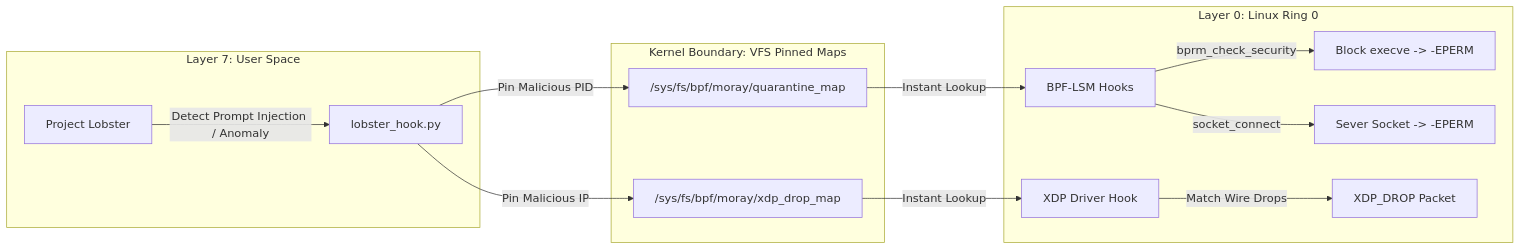
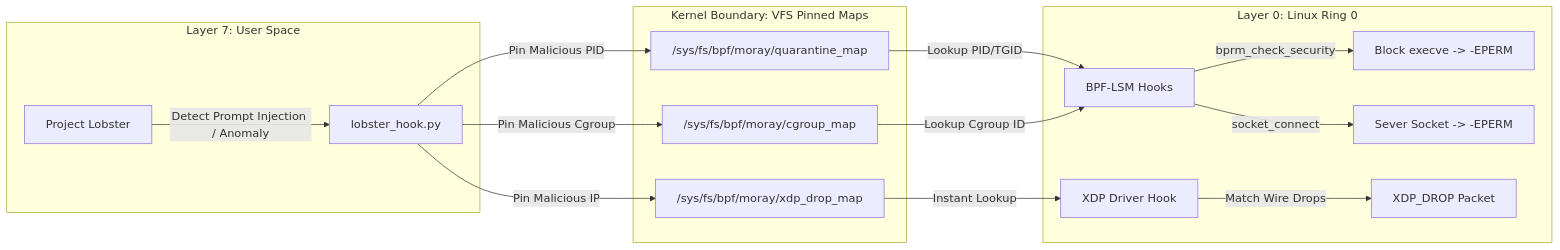
The diagram in README.md (codebyangelo/project-moray), drawn with Mermaid before and after one commit. The commit also changed other lines of this file and 12 other files, not shown here.

````diff
--- a/README.md
+++ b/README.md
@@ -17,19 +17,21 @@
 ```mermaid
 graph LR
     subgraph Layer 7: User Space
         L[Project Lobster] -->|Detect Prompt Injection / Anomaly| B[lobster_hook.py]
     end
 
     subgraph Kernel Boundary: VFS Pinned Maps
         B -->|Pin Malicious PID| M["/sys/fs/bpf/moray/quarantine_map"]
+        B -->|Pin Malicious Cgroup| C["/sys/fs/bpf/moray/cgroup_map"]
         B -->|Pin Malicious IP| X["/sys/fs/bpf/moray/xdp_drop_map"]
     end
 
     subgraph Layer 0: Linux Ring 0
-        M -->|Instant Lookup| LSM[BPF-LSM Hooks]
+        M -->|Lookup PID/TGID| LSM[BPF-LSM Hooks]
+        C -->|Lookup Cgroup ID| LSM
         LSM -->|bprm_check_security| S1[Block execve -> -EPERM]
         LSM -->|socket_connect| S2[Sever Socket -> -EPERM]
         X -->|Instant Lookup| XDP[XDP Driver Hook]
         XDP -->|Match Wire Drops| S3[XDP_DROP Packet]
     end
 ```
````
